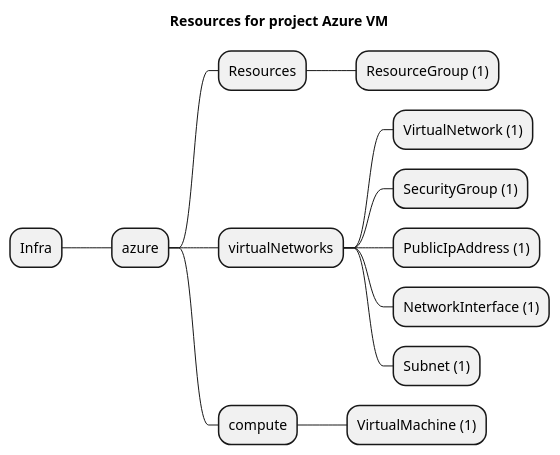
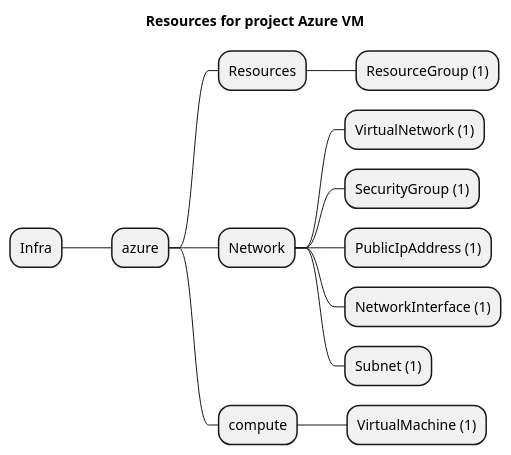
Before and after one commit to grucloud/grucloud: the diagram in examples/azure/vm/artifacts/resources-mindmap.puml, drawn with PlantUML. The commit also changed 15 other files, not shown here.

Commit message:
virtualNetworks => Network

```diff
--- a/examples/azure/vm/artifacts/resources-mindmap.puml
+++ b/examples/azure/vm/artifacts/resources-mindmap.puml
@@ -1,16 +1,16 @@
 @startmindmap
 title Resources for project Azure VM
 skinparam monochrome true
 + Infra
 ++ azure
 +++ Resources
 ++++ ResourceGroup (1)
-+++ virtualNetworks
++++ Network
 ++++ VirtualNetwork (1)
 ++++ SecurityGroup (1)
 ++++ PublicIpAddress (1)
 ++++ NetworkInterface (1)
 ++++ Subnet (1)
 +++ compute
 ++++ VirtualMachine (1)
 @endmindmap
```
